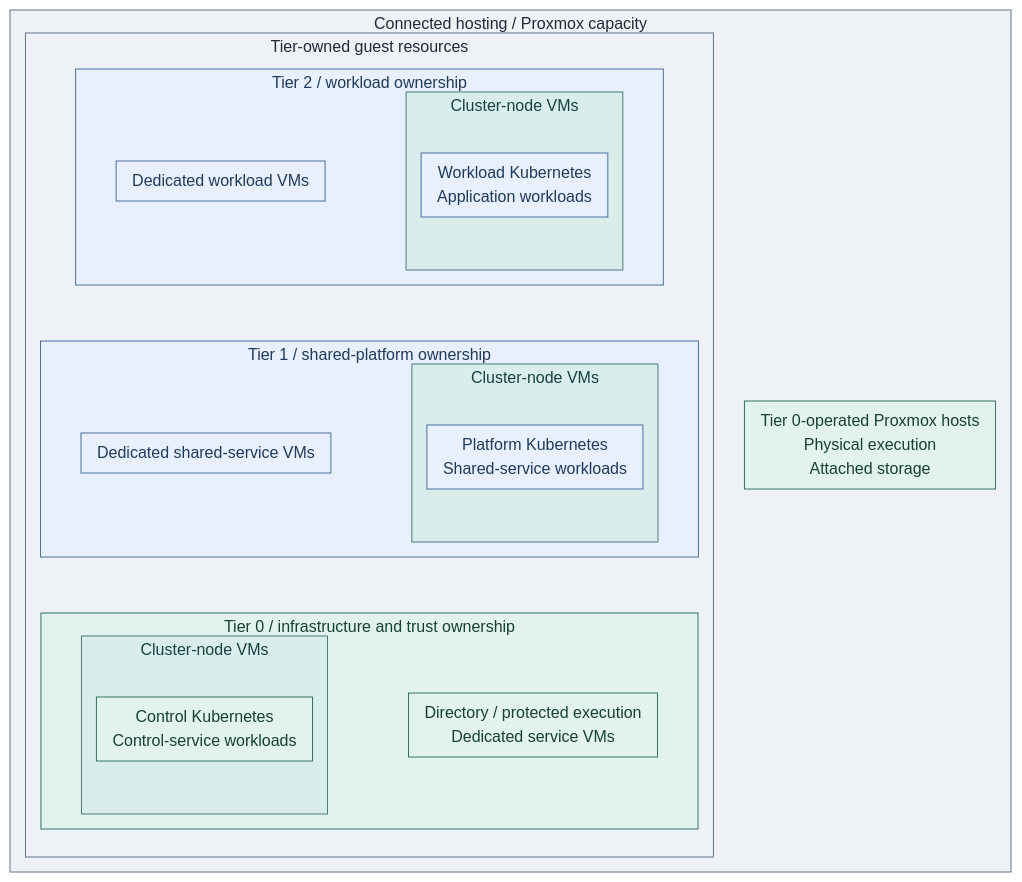
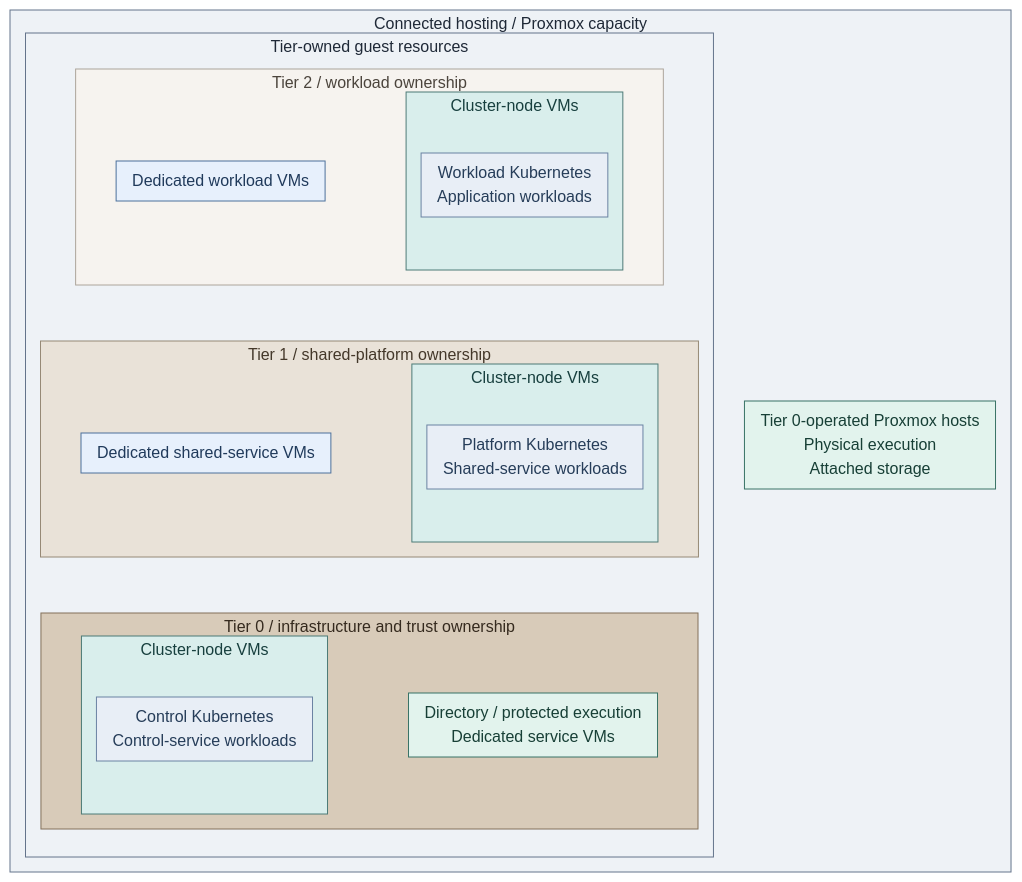
The first of 2 diagrams in docs/01-architecture/04-hosting/01-runtime.md (Rexus/homelab), drawn with Mermaid before and after one commit. The commit also changed 108 other files, not shown here.

Commit message:
docs(diagrams): unify visual language and opening views

````diff
--- a/docs/01-architecture/04-hosting/01-runtime.md
+++ b/docs/01-architecture/04-hosting/01-runtime.md
@@ -15,46 +15,54 @@
 ```mermaid
 %%{init: {"theme":"base","flowchart":{"nodeSpacing":10,"rankSpacing":6,"padding":8,"wrappingWidth":350,"subGraphTitleMargin":{"top":2,"bottom":6}},"themeVariables":{"lineColor":"#627581","edgeLabelBackground":"#f8fafc"}}}%%
 flowchart TB
   subgraph PVE["Connected hosting / Proxmox capacity"]
     direction LR
     subgraph Guests["Tier-owned guest resources"]
       direction TB
       subgraph T2["Tier 2 / workload ownership"]
         direction LR
         Workloads["Dedicated workload VMs"]
         subgraph WorkloadNodes["Cluster-node VMs"]
           C2["Workload Kubernetes<br/>Application workloads"]
         end
         Workloads ~~~ WorkloadNodes
       end
       subgraph T1["Tier 1 / shared-platform ownership"]
         direction LR
         Shared["Dedicated shared-service VMs"]
         subgraph PlatformNodes["Cluster-node VMs"]
           C1["Platform Kubernetes<br/>Shared-service workloads"]
         end
         Shared ~~~ PlatformNodes
       end
       subgraph T0["Tier 0 / infrastructure and trust ownership"]
         direction LR
         subgraph ControlNodes["Cluster-node VMs"]
           Cluster["Control Kubernetes<br/>Control-service workloads"]
         end
         Dedicated["Directory / protected execution<br/>Dedicated service VMs"]
         ControlNodes ~~~ Dedicated
       end
       T2 ~~~ T1 ~~~ T0
     end
     Hosts["Tier 0-operated Proxmox hosts<br/>Physical execution<br/>Attached storage"]
     Guests ~~~ Hosts
   end
   classDef default fill:#f8fafc,stroke:#64748b,color:#1f2937
   classDef boundary fill:#eef2f6,stroke:#64748b,color:#1f2937
   classDef services fill:#e7f0fc,stroke:#4d719b,color:#203a5b
   classDef control fill:#e2f3ed,stroke:#397366,color:#173f36
   classDef runtime fill:#d9eeec,stroke:#4d7b77,color:#173f3e
   class PVE,Guests boundary
-  class T2,T1,Workloads,Shared,C2,C1 services
-  class T0,Dedicated,Cluster,Hosts control
+  class Workloads,Shared services
+  class Dedicated,Hosts control
+  classDef kubernetes fill:#e8eef6,stroke:#6b83a3,color:#263d59
+  class Cluster,C2,C1 kubernetes
   class WorkloadNodes,PlatformNodes,ControlNodes runtime
+  classDef tier0 fill:#d8cbb9,stroke:#83715a,color:#352a1e
+  class T0 tier0
+  classDef tier1 fill:#e9e2d8,stroke:#968976,color:#44382a
+  class T1 tier1
+  classDef tier2 fill:#f6f3ef,stroke:#aca59b,color:#4b443c
+  class T2 tier2
 ```
````
